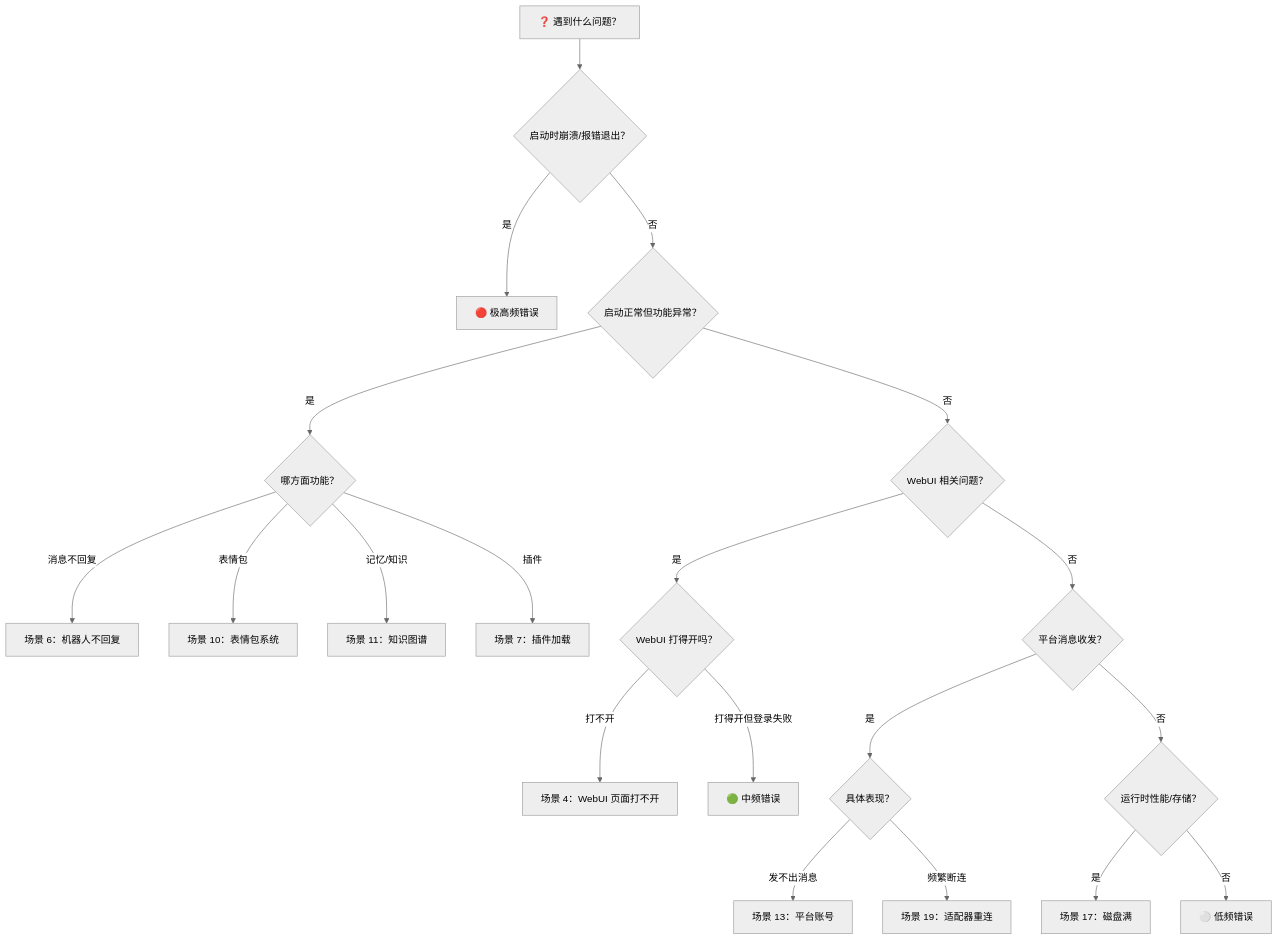
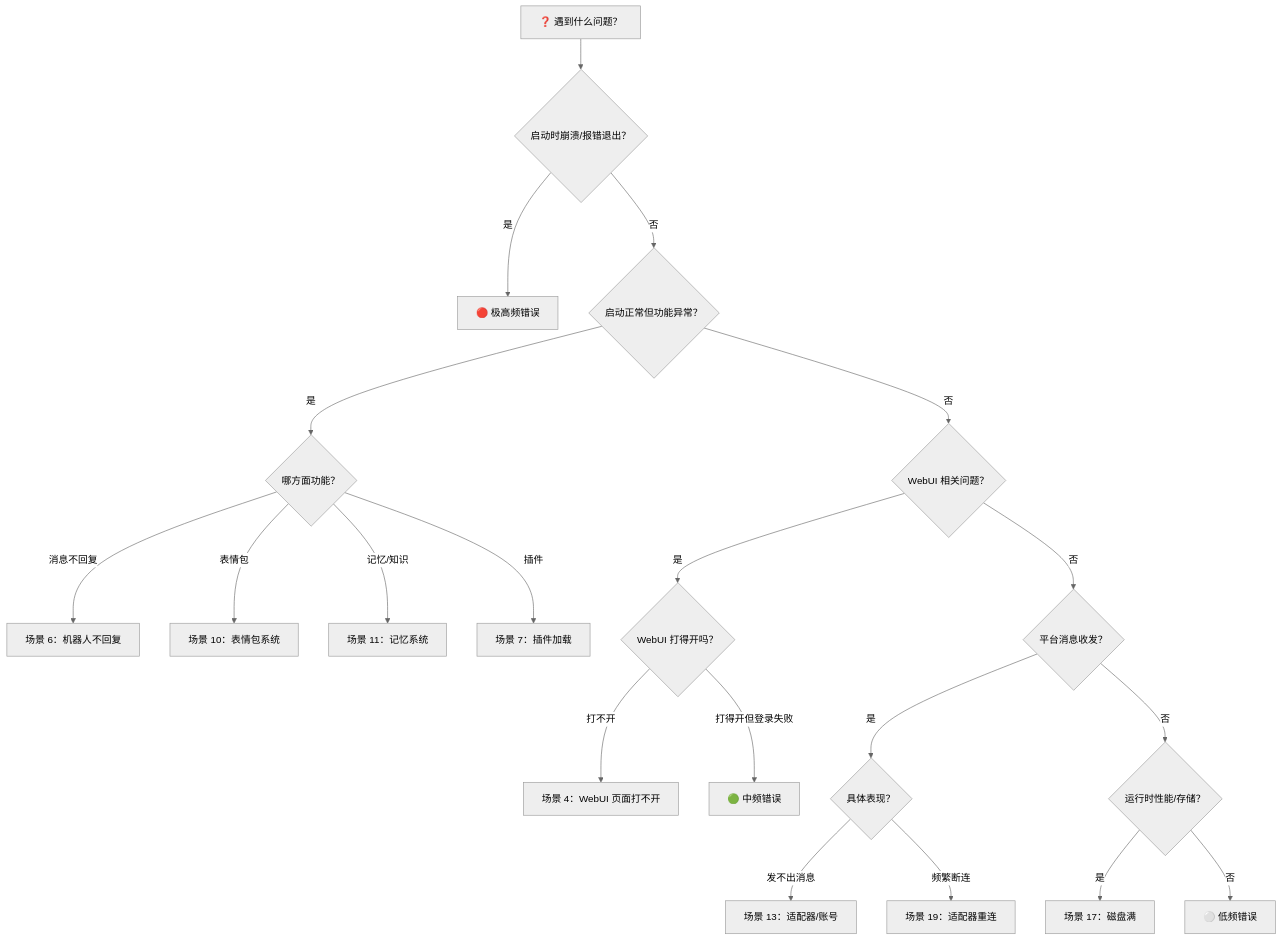
Before and after one commit to DrSmoothl/docs: the diagram in zh/faq/error-troubleshooting.md, drawn with Mermaid (neutral theme). The commit also changed other lines of this file and 63 other files, not shown here.

````diff
--- a/zh/faq/error-troubleshooting.md
+++ b/zh/faq/error-troubleshooting.md
@@ -1461,33 +1389,33 @@
 ```mermaid
 graph TD
     A[❓ 遇到什么问题？] --> B{启动时崩溃/报错退出？}
     B -->|是| C[🔴 极高频错误]
     B -->|否| D{启动正常但功能异常？}
     D -->|是| E{哪方面功能？}
     E -->|消息不回复| F[场景 6：机器人不回复]
     E -->|表情包| G[场景 10：表情包系统]
-    E -->|记忆/知识| H[场景 11：知识图谱]
+    E -->|记忆/知识| H[场景 11：记忆系统]
     E -->|插件| I[场景 7：插件加载]
     D -->|否| J{WebUI 相关问题？}
     J -->|是| K{WebUI 打得开吗？}
     K -->|打不开| L[场景 4：WebUI 页面打不开]
     K -->|打得开但登录失败| M[🟢 中频错误]
     J -->|否| N{平台消息收发？}
     N -->|是| O{具体表现？}
-    O -->|发不出消息| P[场景 13：平台账号]
+    O -->|发不出消息| P[场景 13：适配器/账号]
     O -->|频繁断连| Q[场景 19：适配器重连]
     N -->|否| R{运行时性能/存储？}
     R -->|是| S[场景 17：磁盘满]
     R -->|否| T[⚪ 低频错误]
 
     click C "scenario-1"
     click F "scenario-6"
     click G "scenario-10"
     click H "scenario-11"
     click I "scenario-7"
     click L "scenario-4"
     click M "scenario-12"
     click P "scenario-13"
     click Q "scenario-19"
     click S "scenario-17"
 ```
````
